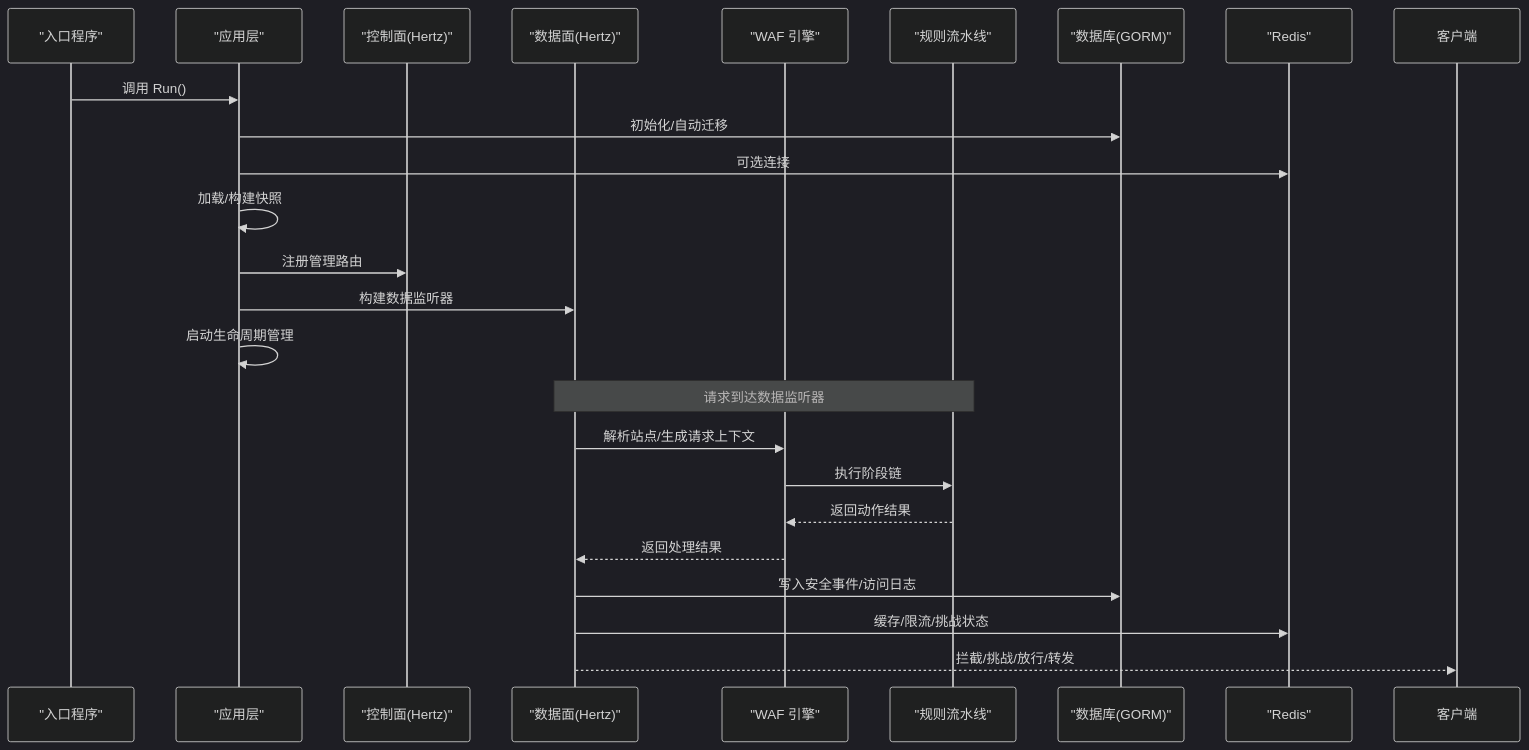
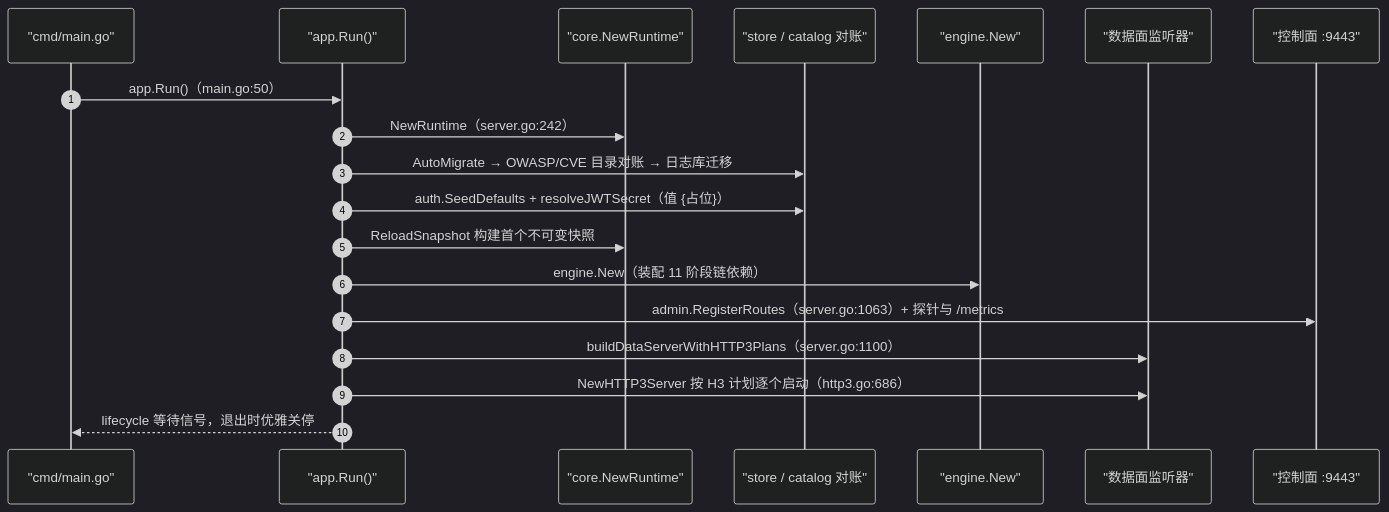
Before and after one commit to x01n/My-OpenWaf: the second of 5 diagrams in docs/项目概述/技术架构.md, drawn with Mermaid (dark theme). The commit also changed other lines of this file and 622 other files, not shown here.

````diff
--- a/docs/项目概述/技术架构.md
+++ b/docs/项目概述/技术架构.md
@@ -109,26 +212,21 @@
 ```mermaid
 sequenceDiagram
-participant Entrypoint as "入口程序"
-participant App as "应用层"
-participant Admin as "控制面(Hertz)"
-participant Data as "数据面(Hertz)"
-participant Engine as "WAF 引擎"
-participant Pipeline as "规则流水线"
-participant DB as "数据库(GORM)"
-participant Redis as "Redis"
-Entrypoint->>App : 调用 Run()
-App->>DB : 初始化/自动迁移
-App->>Redis : 可选连接
-App->>App : 加载/构建快照
-App->>Admin : 注册管理路由
-App->>Data : 构建数据监听器
-App->>App : 启动生命周期管理
-Note over Data,Pipeline : 请求到达数据监听器
-Data->>Engine : 解析站点/生成请求上下文
-Engine->>Pipeline : 执行阶段链
-Pipeline-->>Engine : 返回动作结果
-Engine-->>Data : 返回处理结果
-Data->>DB : 写入安全事件/访问日志
-Data->>Redis : 缓存/限流/挑战状态
-Data-->>客户端 : 拦截/挑战/放行/转发
+  autonumber
+  participant Main as "cmd/main.go"
+  participant App as "app.Run()"
+  participant RT as "core.NewRuntime"
+  participant ST as "store / catalog 对账"
+  participant EN as "engine.New"
+  participant DP as "数据面监听器"
+  participant AD as "控制面 :9443"
+  Main->>App: app.Run()（main.go:50）
+  App->>RT: NewRuntime（server.go:242）
+  App->>ST: AutoMigrate → OWASP/CVE 目录对账 → 日志库迁移
+  App->>ST: auth.SeedDefaults + resolveJWTSecret（值 {占位}）
+  App->>RT: ReloadSnapshot 构建首个不可变快照
+  App->>EN: engine.New（装配 11 阶段链依赖）
+  App->>AD: admin.RegisterRoutes（server.go:1063）+ 探针与 /metrics
+  App->>DP: buildDataServerWithHTTP3Plans（server.go:1100）
+  App->>DP: NewHTTP3Server 按 H3 计划逐个启动（http3.go:686）
+  App-->>Main: lifecycle 等待信号，退出时优雅关停
 ```
````
